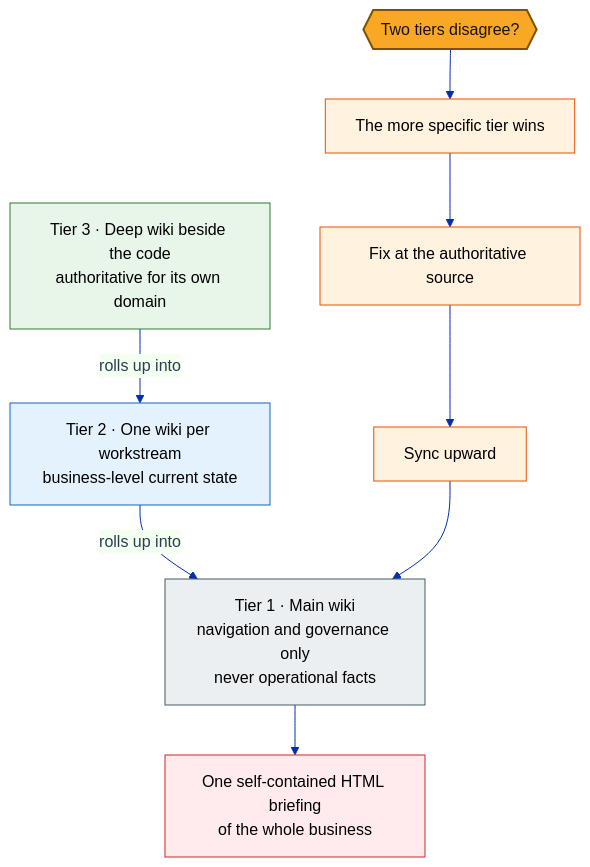
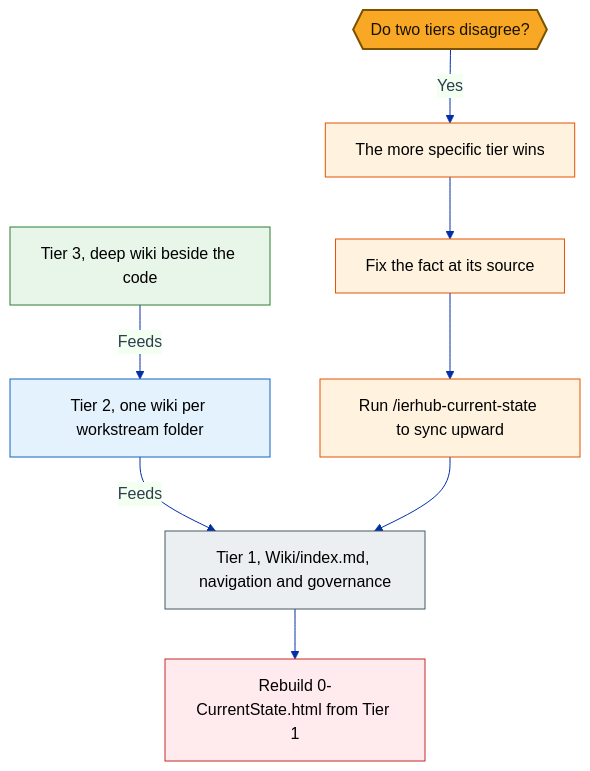
The diagram in diagrams/op-wiki-tiers.mmd (mmentzerhernandez/global_experience), drawn with Mermaid before and after one commit. The commit also changed 30 other files, not shown here.

```diff
--- a/diagrams/op-wiki-tiers.mmd
+++ b/diagrams/op-wiki-tiers.mmd
@@ -1,33 +1,33 @@
 ---
 config:
   theme: base
   themeVariables:
     primaryColor: "#f0f3ff"
     primaryBorderColor: "#002fa7"
     primaryTextColor: "#2c3e50"
     lineColor: "#002fa7"
     fontFamily: "-apple-system,BlinkMacSystemFont,Segoe UI,Roboto,sans-serif"
 ---
 flowchart TD
-    T1["Tier 1 · Main wiki<br/>navigation and governance only<br/>never operational facts"]:::people
-    T2["Tier 2 · One wiki per workstream<br/>business-level current state"]:::access
-    T3["Tier 3 · Deep wiki beside the code<br/>authoritative for its own domain"]:::course
+    T1["Tier 1, Wiki/index.md, navigation and governance"]:::people
+    T2["Tier 2, one wiki per workstream folder"]:::access
+    T3["Tier 3, deep wiki beside the code"]:::course
 
-    CONF{{"Two tiers disagree?"}}:::gate
+    CONF{{"Do two tiers disagree?"}}:::gate
     WIN["The more specific tier wins"]:::enforce
-    FIX["Fix at the authoritative source"]:::enforce
-    SYNC["Sync upward"]:::enforce
-    HTML["One self-contained HTML briefing<br/>of the whole business"]:::report
+    FIX["Fix the fact at its source"]:::enforce
+    SYNC["Run /ierhub-current-state to sync upward"]:::enforce
+    HTML["Rebuild 0-CurrentState.html from Tier 1"]:::report
 
-    T3 -->|"rolls up into"| T2
-    T2 -->|"rolls up into"| T1
-    CONF --> WIN --> FIX --> SYNC
+    T3 -->|"Feeds"| T2
+    T2 -->|"Feeds"| T1
+    CONF -->|"Yes"| WIN --> FIX --> SYNC
     SYNC --> T1
     T1 --> HTML
 
     classDef people fill:#ECEFF1,stroke:#455A64,color:#000000
     classDef access fill:#E3F2FD,stroke:#1565C0,color:#000000
     classDef course fill:#E8F5E9,stroke:#2E7D32,color:#000000
     classDef enforce fill:#FFF3E0,stroke:#E65100,color:#000000
     classDef report fill:#FFEBEE,stroke:#C62828,color:#000000
     classDef gate fill:#F9A825,stroke:#7A5200,color:#1A1200,stroke-width:2px
```
